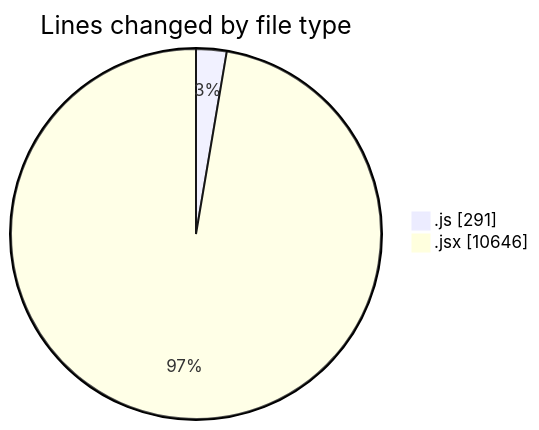
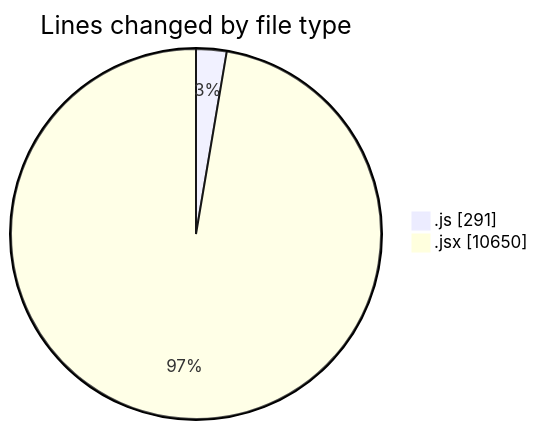
The first of 2 diagrams in 2025-07-28/nxtqube_webapp/README.md (nxtqubesakshisongat/code-tracking), drawn with Mermaid before and after one commit. The commit also changed other lines of this file and 1 other file, not shown here.

````diff
--- a/2025-07-28/nxtqube_webapp/README.md
+++ b/2025-07-28/nxtqube_webapp/README.md
@@ -45,6 +45,6 @@
 ```mermaid
 pie showData
 title Lines changed by file type
 ".js" : 291
-".jsx" : 10646
+".jsx" : 10650
 ```
````
